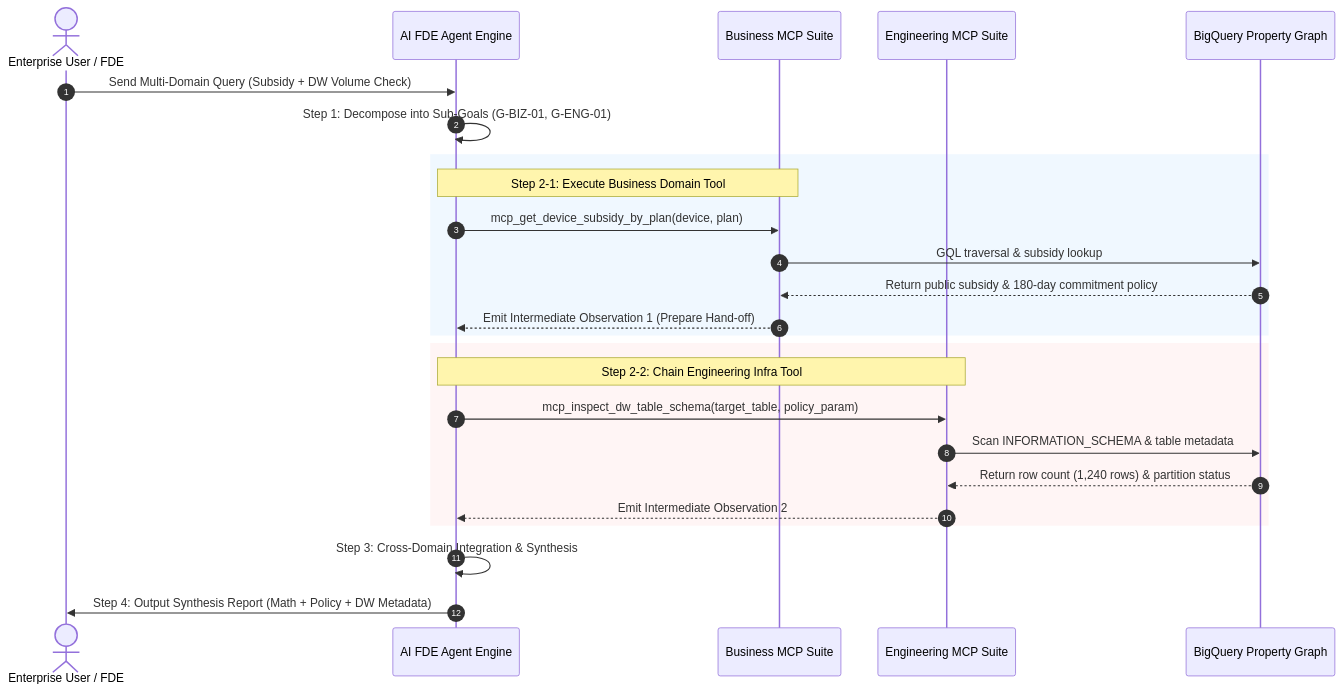
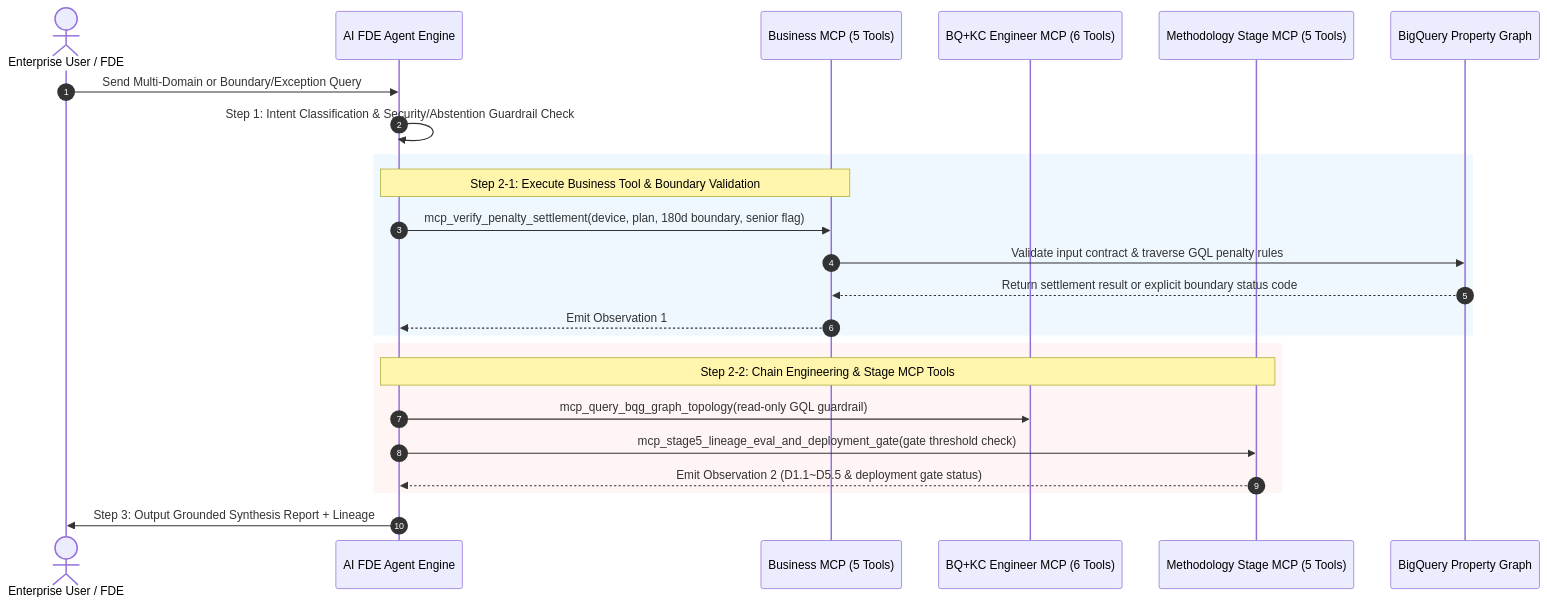
The sixth of 7 diagrams in methodology/METHODOLOGY_EN.md (seanjungG/agentic-ontology-starter), drawn with Mermaid before and after one commit. The commit also changed other lines of this file and 36 other files, not shown here.

Commit message:
feat(studio): apply Uplus Ontology Light Enterprise design parity and v2.0 6-Tab/8-MCP/Dual-Graph architecture

````diff
--- a/methodology/METHODOLOGY_EN.md
+++ b/methodology/METHODOLOGY_EN.md
@@ -352,31 +350,30 @@
 ```mermaid
 sequenceDiagram
     autonumber
     actor User as Enterprise User / FDE
     participant Engine as AI FDE Agent Engine
-    participant BizMCP as Business MCP Suite
-    participant EngMCP as Engineering MCP Suite
+    participant BizMCP as Business MCP (5 Tools)
+    participant EngMCP as BQ+KC Engineer MCP (6 Tools)
+    participant StgMCP as Methodology Stage MCP (5 Tools)
     participant BQ as BigQuery Property Graph
 
-    User->>Engine: Send Multi-Domain Query (Subsidy + DW Volume Check)
-    Engine->>Engine: Step 1: Decompose into Sub-Goals (G-BIZ-01, G-ENG-01)
+    User->>Engine: Send Multi-Domain or Boundary/Exception Query
+    Engine->>Engine: Step 1: Intent Classification & Security/Abstention Guardrail Check
     
     rect rgb(240, 248, 255)
-        Note over Engine,BizMCP: Step 2-1: Execute Business Domain Tool
-        Engine->>BizMCP: mcp_get_device_subsidy_by_plan(device, plan)
-        BizMCP->>BQ: GQL traversal & subsidy lookup
-        BQ-->>BizMCP: Return public subsidy & 180-day commitment policy
-        BizMCP-->>Engine: Emit Intermediate Observation 1 (Prepare Hand-off)
+        Note over Engine,BizMCP: Step 2-1: Execute Business Tool & Boundary Validation
+        Engine->>BizMCP: mcp_verify_penalty_settlement(device, plan, 180d boundary, senior flag)
+        BizMCP->>BQ: Validate input contract & traverse GQL penalty rules
+        BQ-->>BizMCP: Return settlement result or explicit boundary status code
+        BizMCP-->>Engine: Emit Observation 1
     end
 
     rect rgb(255, 245, 245)
-        Note over Engine,EngMCP: Step 2-2: Chain Engineering Infra Tool
-        Engine->>EngMCP: mcp_inspect_dw_table_schema(target_table, policy_param)
-        EngMCP->>BQ: Scan INFORMATION_SCHEMA & table metadata
-        BQ-->>EngMCP: Return row count (1,240 rows) & partition status
-        EngMCP-->>Engine: Emit Intermediate Observation 2
+        Note over Engine,StgMCP: Step 2-2: Chain Engineering & Stage MCP Tools
+        Engine->>EngMCP: mcp_query_bqg_graph_topology(read-only GQL guardrail)
+        Engine->>StgMCP: mcp_stage5_lineage_eval_and_deployment_gate(gate threshold check)
+        StgMCP-->>Engine: Emit Observation 2 (D1.1~D5.5 & deployment gate status)
     end
 
-    Engine->>Engine: Step 3: Cross-Domain Integration & Synthesis
-    Engine->>User: Step 4: Output Synthesis Report (Math + Policy + DW Metadata)
+    Engine->>User: Step 3: Output Grounded Synthesis Report + Lineage
 ```
````
